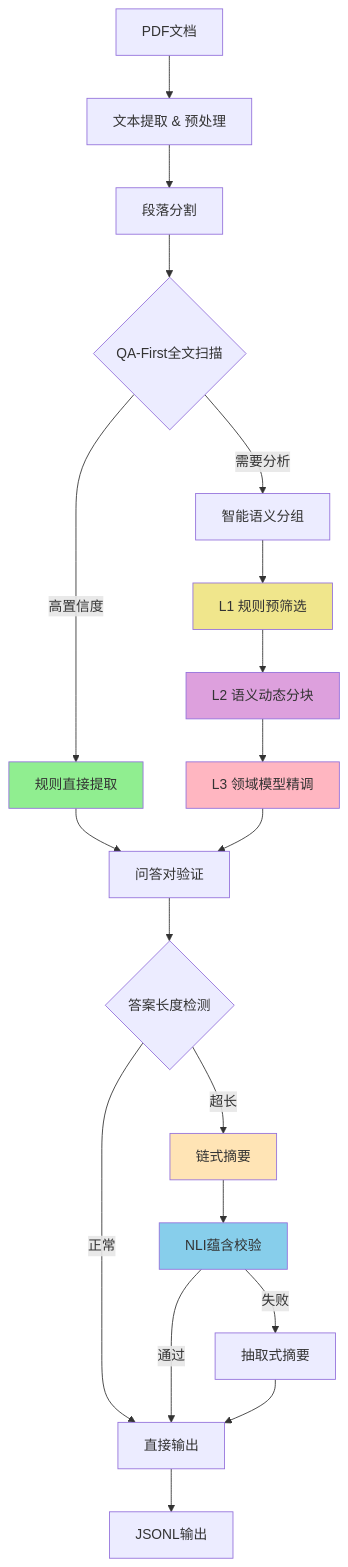
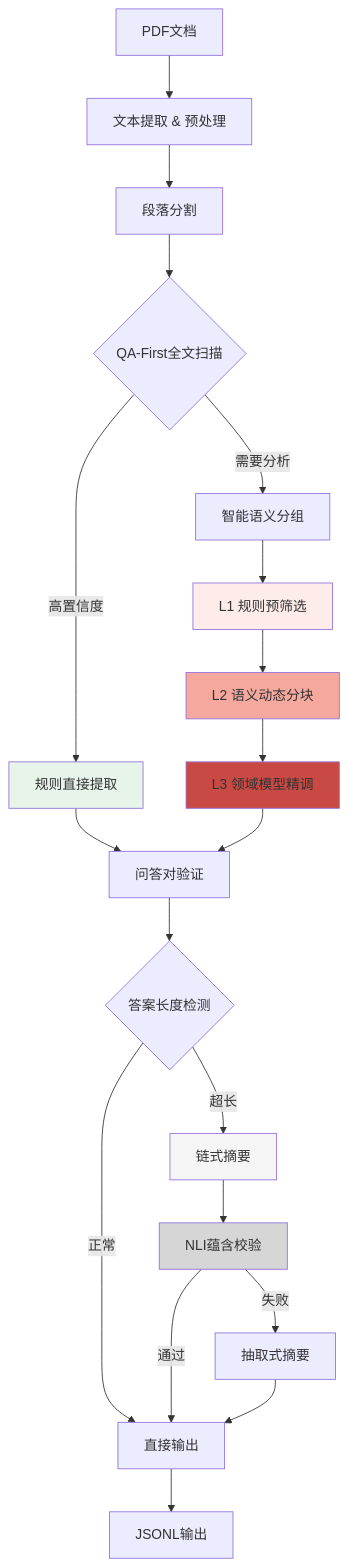
The diagram in README.md (souflex56/legend-qa-extractor), drawn with Mermaid before and after one commit.

Commit message:
readme mermaid fill  颜色调整

````diff
--- a/README.md
+++ b/README.md
@@ -72,34 +72,34 @@
 ```mermaid
 graph TB
     A[PDF文档] --> B[文本提取 & 预处理]
     B --> C[段落分割]
     
     C --> D{QA-First全文扫描}
     D -->|高置信度| E[规则直接提取]
     D -->|需要分析| F[智能语义分组]
     
     F --> G[L1 规则预筛选]
     G --> H[L2 语义动态分块]
     H --> I[L3 领域模型精调]
     
     E --> J[问答对验证]
     I --> J
     
     J --> K{答案长度检测}
     K -->|超长| L[链式摘要]
     K -->|正常| M[直接输出]
     
     L --> N[NLI蕴含校验]
     N -->|通过| M
     N -->|失败| O[抽取式摘要]
     O --> M
     
     M --> P[JSONL输出]
     
-    style E fill:#90EE90
-    style L fill:#FFE4B5
-    style N fill:#87CEEB
-    style G fill:#F0E68C
-    style H fill:#DDA0DD
-    style I fill:#FFB6C1
+    style E fill:#E6F4EA
+    style L fill:#F5F5F5
+    style N fill:#D6D6D6
+    style G fill:#FDECEA
+    style H fill:#F5A89D
+    style I fill:#C94A44
 ```
````
